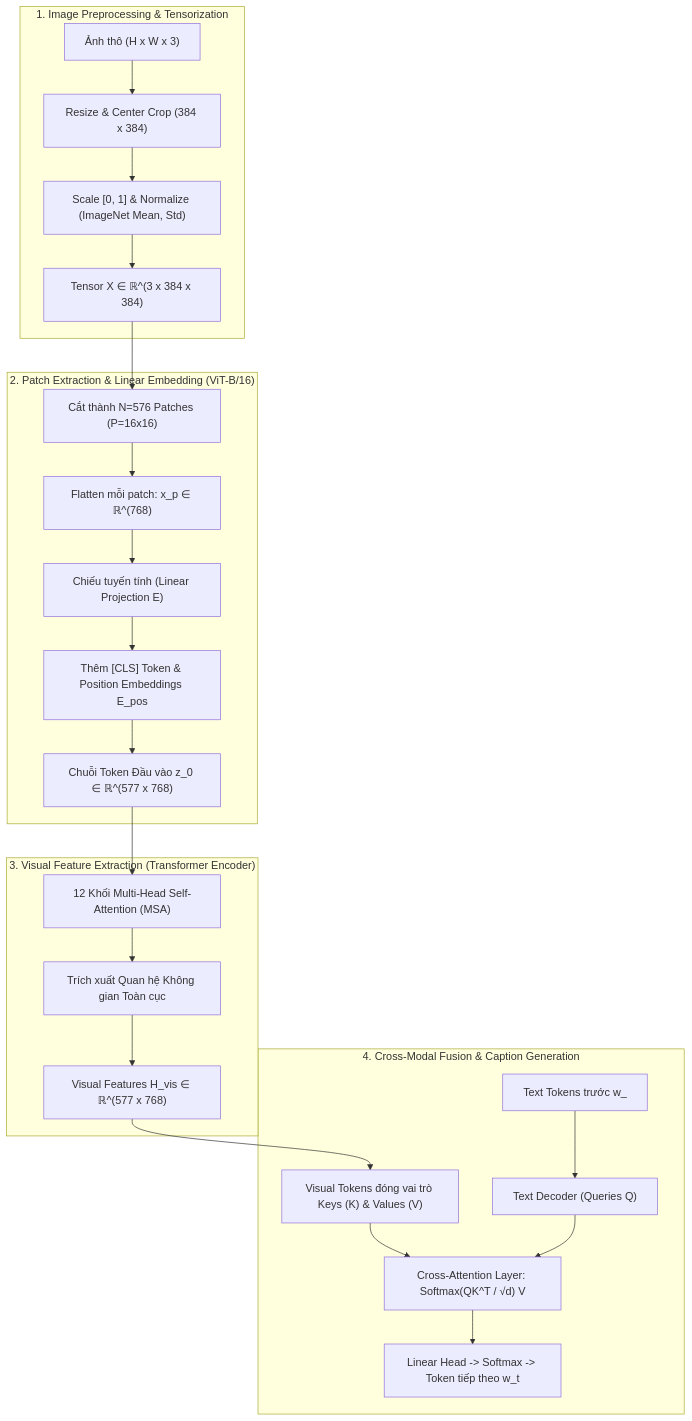
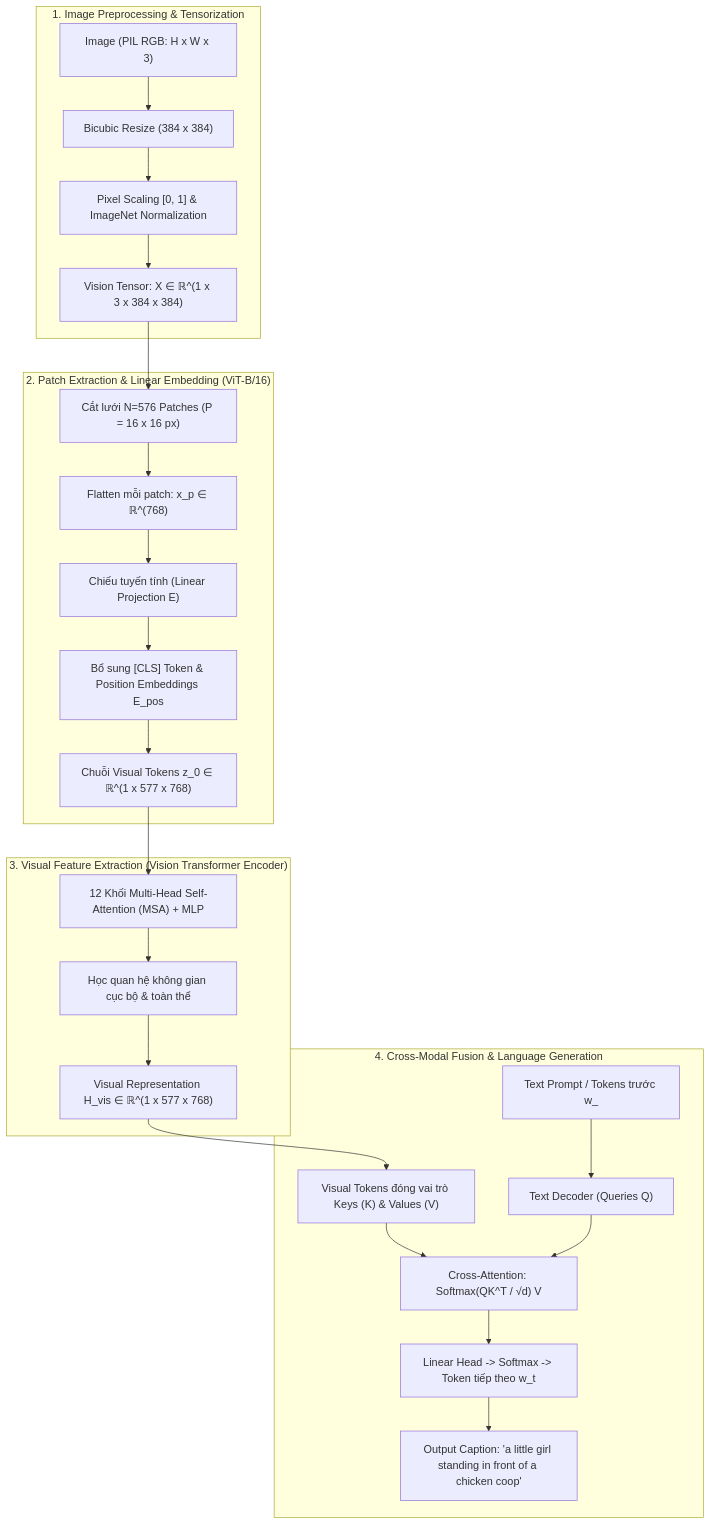
The diagram in README.md (nguyenminhthai2709/image-captioning-blip), drawn with Mermaid before and after one commit. The commit also changed other lines of this file and 4 other files, not shown here.

````diff
--- a/README.md
+++ b/README.md
@@ -27,29 +27,30 @@
 ```mermaid
 flowchart TD
     subgraph "1. Image Preprocessing & Tensorization"
-        A["Ảnh thô (H x W x 3)"] --> B["Resize & Center Crop (384 x 384)"]
-        B --> C["Scale [0, 1] & Normalize (ImageNet Mean, Std)"]
-        C --> D["Tensor X ∈ ℝ^(3 x 384 x 384)"]
+        A["Image (PIL RGB: H x W x 3)"] --> B["Bicubic Resize (384 x 384)"]
+        B --> C["Pixel Scaling [0, 1] & ImageNet Normalization"]
+        C --> D["Vision Tensor: X ∈ ℝ^(1 x 3 x 384 x 384)"]
     end
 
     subgraph "2. Patch Extraction & Linear Embedding (ViT-B/16)"
-        D --> E["Cắt thành N=576 Patches (P=16x16)"]
+        D --> E["Cắt lưới N=576 Patches (P = 16 x 16 px)"]
         E --> F["Flatten mỗi patch: x_p ∈ ℝ^(768)"]
         F --> G["Chiếu tuyến tính (Linear Projection E)"]
-        G --> H["Thêm [CLS] Token & Position Embeddings E_pos"]
-        H --> I["Chuỗi Token Đầu vào z_0 ∈ ℝ^(577 x 768)"]
+        G --> H["Bổ sung [CLS] Token & Position Embeddings E_pos"]
+        H --> I["Chuỗi Visual Tokens z_0 ∈ ℝ^(1 x 577 x 768)"]
     end
 
-    subgraph "3. Visual Feature Extraction (Transformer Encoder)"
-        I --> J["12 Khối Multi-Head Self-Attention (MSA)"]
-        J --> K["Trích xuất Quan hệ Không gian Toàn cục"]
-        K --> L["Visual Features H_vis ∈ ℝ^(577 x 768)"]
+    subgraph "3. Visual Feature Extraction (Vision Transformer Encoder)"
+        I --> J["12 Khối Multi-Head Self-Attention (MSA) + MLP"]
+        J --> K["Học quan hệ không gian cục bộ & toàn thể"]
+        K --> L["Visual Representation H_vis ∈ ℝ^(1 x 577 x 768)"]
     end
 
-    subgraph "4. Cross-Modal Fusion & Caption Generation"
+    subgraph "4. Cross-Modal Fusion & Language Generation"
         L --> M["Visual Tokens đóng vai trò Keys (K) & Values (V)"]
-        N["Text Tokens trước w_<t"] --> O["Text Decoder (Queries Q)"]
-        M & O --> P["Cross-Attention Layer: Softmax(QK^T / √d) V"]
+        N["Text Prompt / Tokens trước w_<t"] --> O["Text Decoder (Queries Q)"]
+        M & O --> P["Cross-Attention: Softmax(QK^T / √d) V"]
         P --> Q["Linear Head -> Softmax -> Token tiếp theo w_t"]
+        Q --> R["Output Caption: 'a little girl standing in front of a chicken coop'"]
     end
 ```
````
